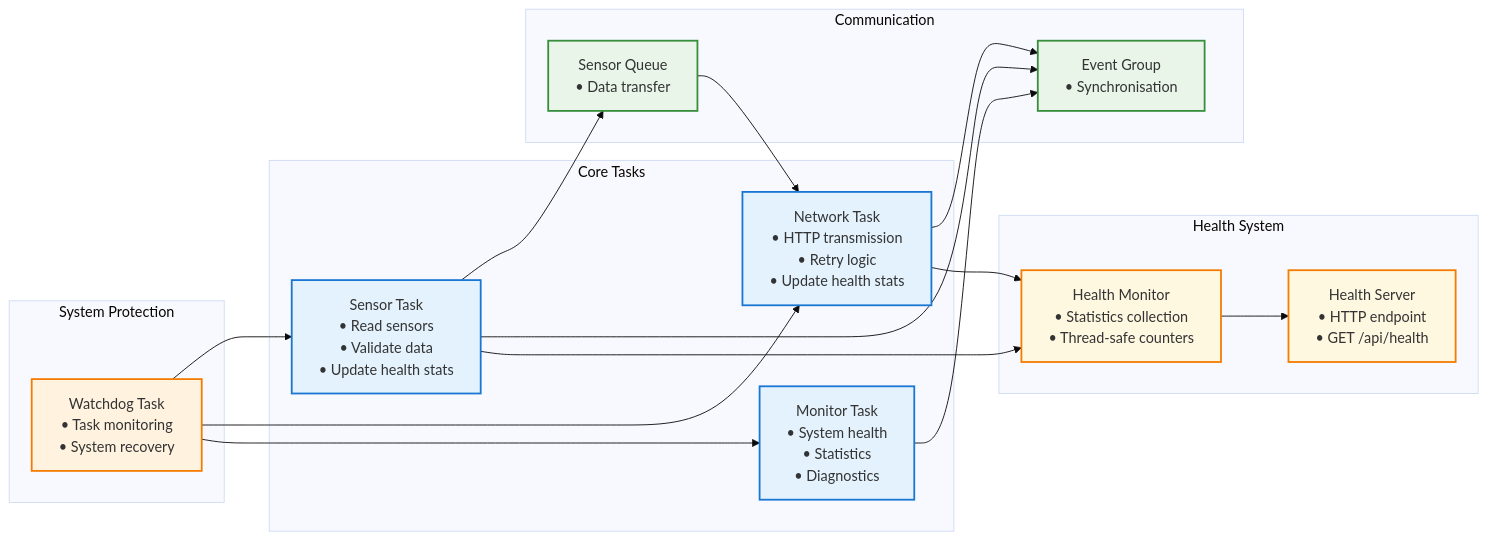
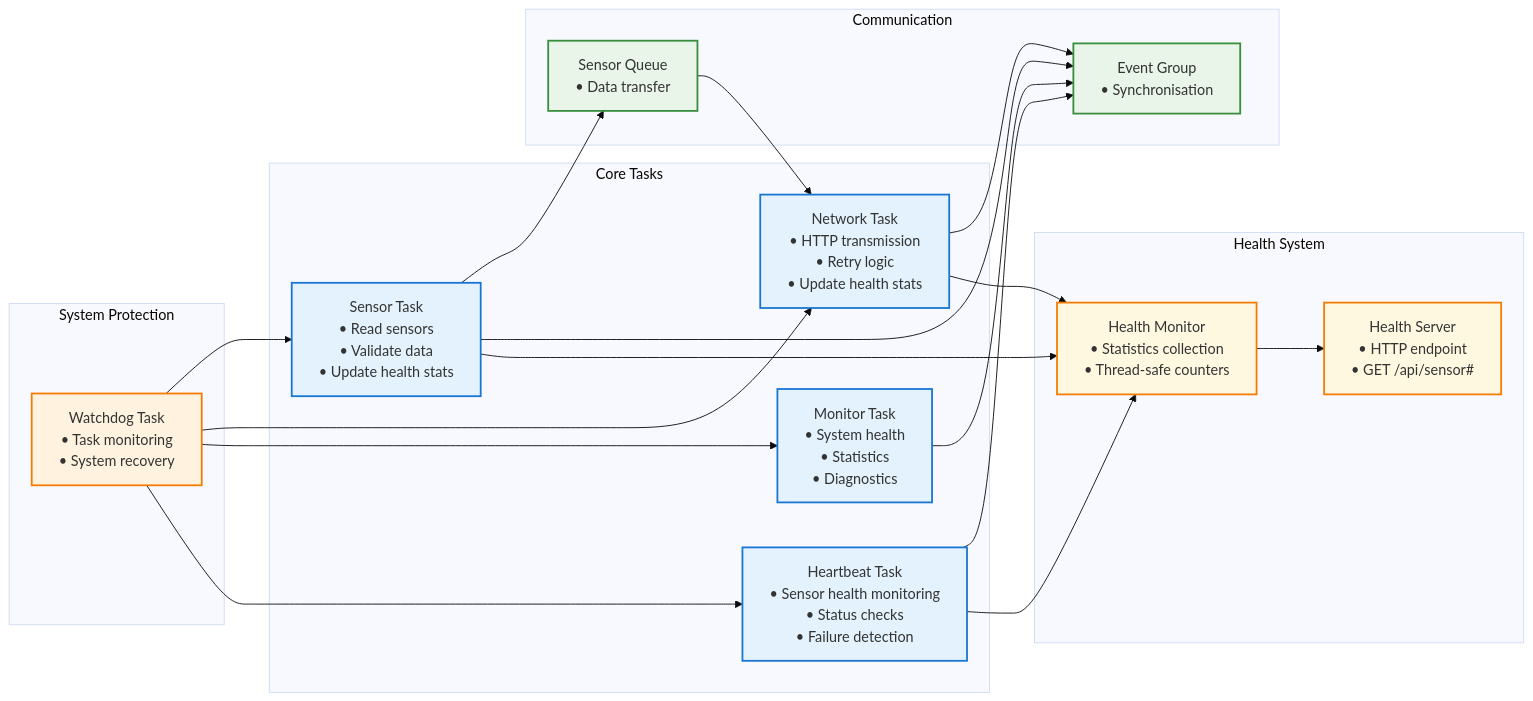
The second of 4 diagrams in README.md (TimWeber/ESP32-Environmental-Monitor), drawn with Mermaid (base theme) before and after one commit. The commit also changed other lines of this file, not shown here.

````diff
--- a/README.md
+++ b/README.md
@@ -76,50 +80,54 @@
 ```mermaid
 graph LR
     subgraph "Core Tasks"
         SENSOR[Sensor Task<br/>• Read sensors<br/>• Validate data<br/>• Update health stats]
         NETWORK[Network Task<br/>• HTTP transmission<br/>• Retry logic<br/>• Update health stats]
         MONITOR[Monitor Task<br/>• System health<br/>• Statistics<br/>• Diagnostics]
+        HEARTBEAT[Heartbeat Task<br/>• Sensor health monitoring<br/>• Status checks<br/>• Failure detection]
     end
     
     subgraph "Health System"
         HEALTH_MONITOR[Health Monitor<br/>• Statistics collection<br/>• Thread-safe counters]
-        HEALTH_SERVER[Health Server<br/>• HTTP endpoint<br/>• GET /api/health]
+        HEALTH_SERVER[Health Server<br/>• HTTP endpoint<br/>• GET /api/sensor#]
     end
     
     subgraph "System Protection"
         WATCHDOG[Watchdog Task<br/>• Task monitoring<br/>• System recovery]
     end
     
     subgraph "Communication"
         QUEUE[Sensor Queue<br/>• Data transfer]
         EVENTS[Event Group<br/>• Synchronisation]
     end
     
     %% Core task relationships
     SENSOR --> QUEUE
     QUEUE --> NETWORK
     SENSOR --> EVENTS
     NETWORK --> EVENTS
     MONITOR --> EVENTS
+    HEARTBEAT --> EVENTS
     
     %% Health monitoring relationships
     SENSOR --> HEALTH_MONITOR
     NETWORK --> HEALTH_MONITOR
+    HEARTBEAT --> HEALTH_MONITOR
     HEALTH_MONITOR --> HEALTH_SERVER
     
     %% Protection relationships
     WATCHDOG --> SENSOR
     WATCHDOG --> NETWORK
     WATCHDOG --> MONITOR
+    WATCHDOG --> HEARTBEAT
     
     %% Styling
     classDef coreTask fill:#e3f2fd,stroke:#1976d2,stroke-width:2px
     classDef healthTask fill:#fff8e1,stroke:#f57c00,stroke-width:2px
     classDef protection fill:#fff3e0,stroke:#f57c00,stroke-width:2px
     classDef communication fill:#e8f5e8,stroke:#388e3c,stroke-width:2px
     
-    class SENSOR,NETWORK,MONITOR coreTask
+    class SENSOR,NETWORK,MONITOR,HEARTBEAT coreTask
     class HEALTH_MONITOR,HEALTH_SERVER healthTask
     class WATCHDOG protection
     class QUEUE,EVENTS communication
 ```
````
